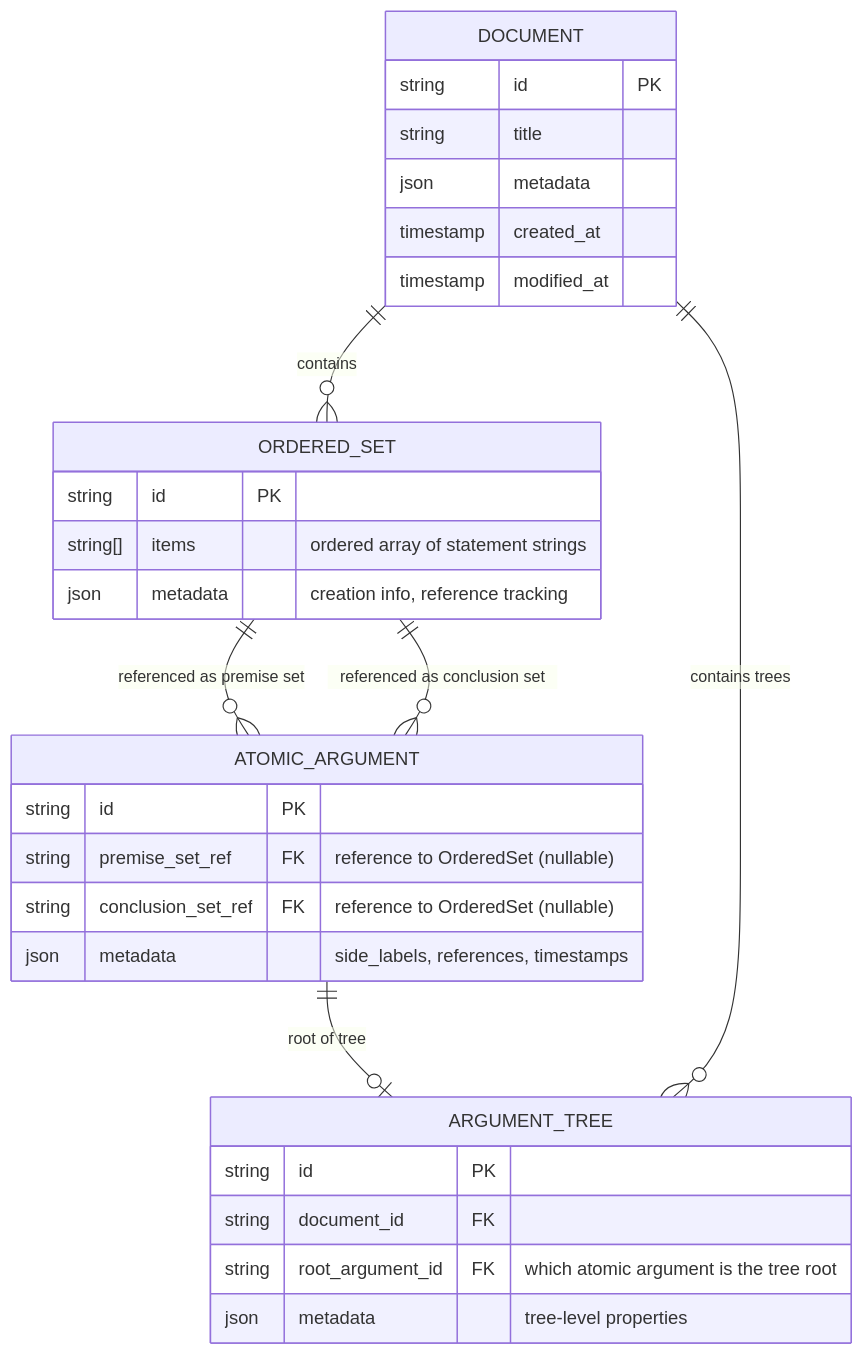
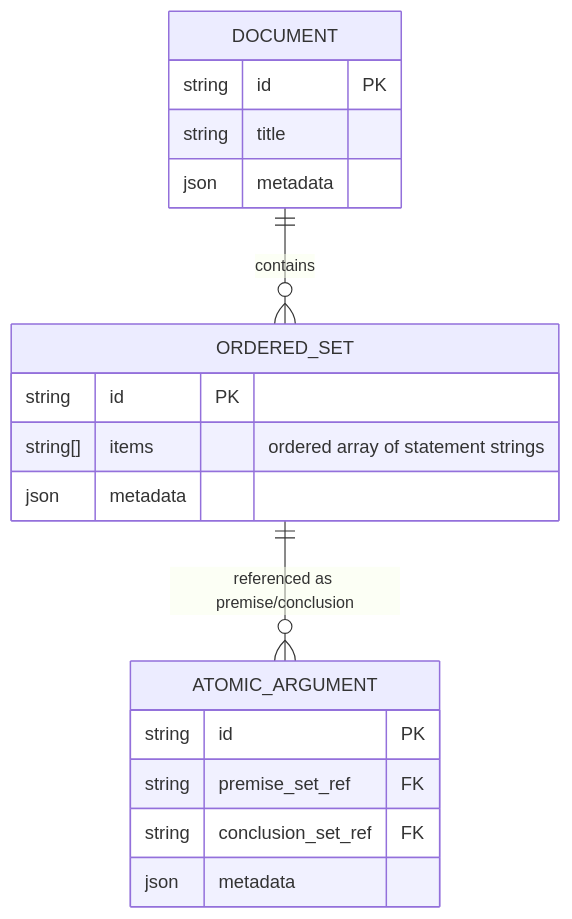
The diagram in docs/08-technical-design/conceptual-data-model.md (nate123456/proof-editor), drawn with Mermaid before and after one commit. The commit also changed other lines of this file and 32 other files, not shown here.

````diff
--- a/docs/08-technical-design/conceptual-data-model.md
+++ b/docs/08-technical-design/conceptual-data-model.md
@@ -19,35 +11,22 @@
 ```mermaid
 erDiagram
     ORDERED_SET {
         string id PK
         string[] items "ordered array of statement strings"
-        json metadata "creation info, reference tracking"
+        json metadata
     }
     ATOMIC_ARGUMENT {
         string id PK
-        string premise_set_ref FK "reference to OrderedSet (nullable)"
-        string conclusion_set_ref FK "reference to OrderedSet (nullable)"
-        json metadata "side_labels, references, timestamps"
+        string premise_set_ref FK
+        string conclusion_set_ref FK
+        json metadata
     }
-    
     DOCUMENT {
         string id PK
         string title
         json metadata
-        timestamp created_at
-        timestamp modified_at
     }
     
-    ARGUMENT_TREE {
-        string id PK
-        string document_id FK
-        string root_argument_id FK "which atomic argument is the tree root"
-        json metadata "tree-level properties"
-    }
-    
-    ORDERED_SET ||--o{ ATOMIC_ARGUMENT : "referenced as premise set"
-    ORDERED_SET ||--o{ ATOMIC_ARGUMENT : "referenced as conclusion set"
-    ATOMIC_ARGUMENT ||--o| ARGUMENT_TREE : "root of tree"
-    DOCUMENT ||--o{ ARGUMENT_TREE : "contains trees"
+    ORDERED_SET ||--o{ ATOMIC_ARGUMENT : "referenced as premise/conclusion"
     DOCUMENT ||--o{ ORDERED_SET : "contains"
 ```
````
